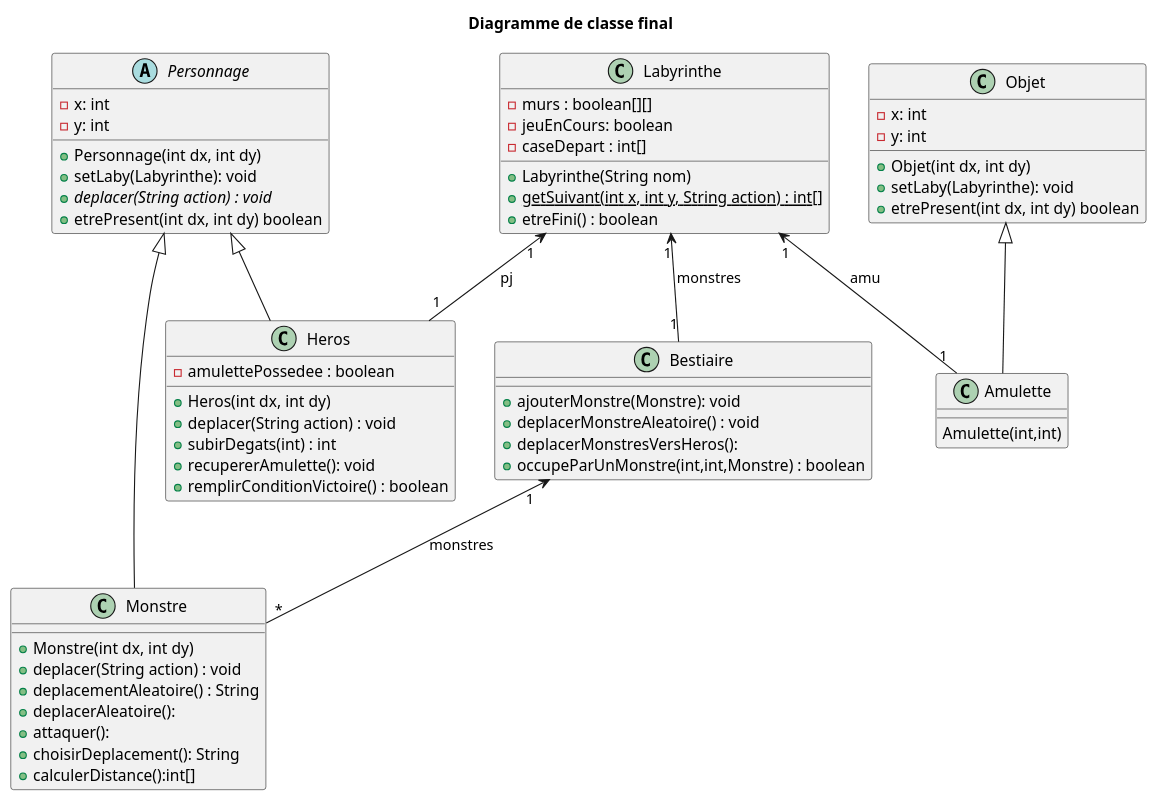
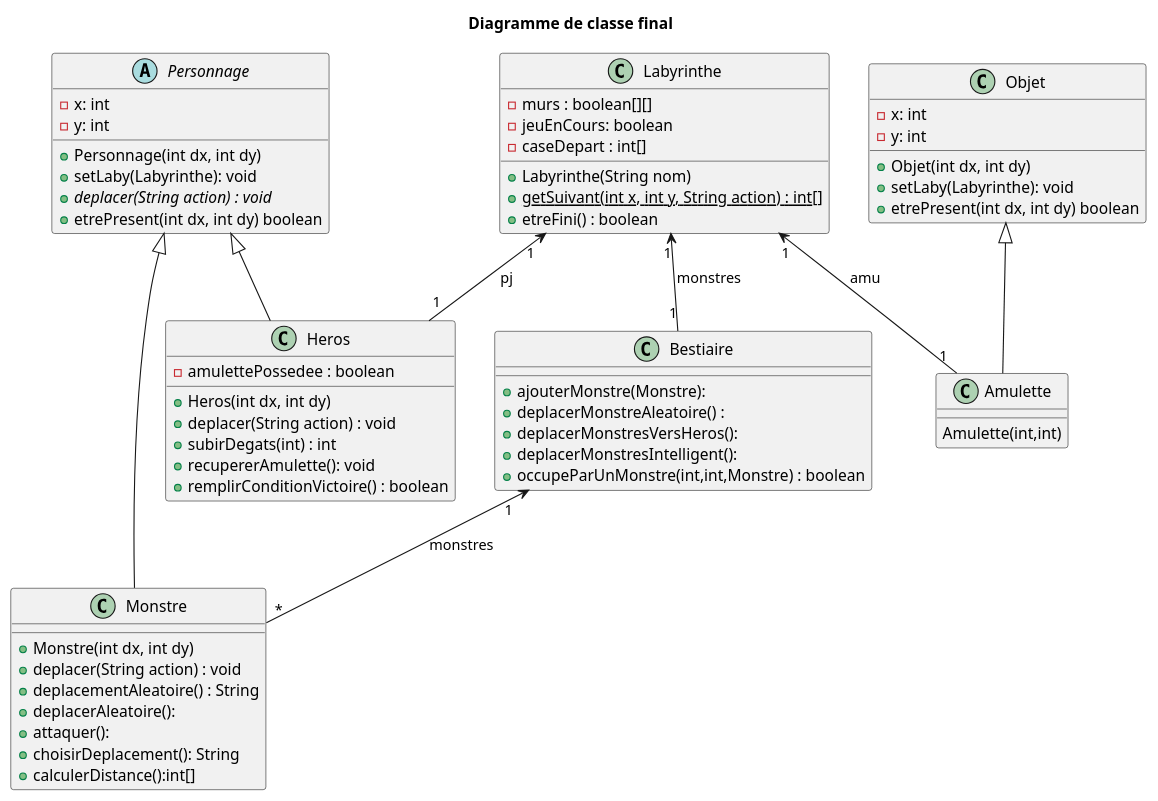
The diagram in documents/version_finale/DC_LabyFinal.puml (crochetremi/2025_Zeldiablo2_e20157u_e82008u_e89209u_e26078u), drawn with PlantUML before and after one commit. The commit also changed 6 other files, not shown here.

```diff
--- a/documents/version_finale/DC_LabyFinal.puml
+++ b/documents/version_finale/DC_LabyFinal.puml
@@ -1,147 +1,148 @@
 @startuml
 
 title Diagramme de classe final
     /'interface Jeu {
             +update(double secondes, Clavier clavier) : void
             +init() : void
             +etreFini() : boolean
     }
 
     interface DessinJeu{
     +dessinerJeu(Jeu jeu, Canvas canvas) :
     }'/
 
     /'class Main {
         +{static} main(String[] args) : void
     }'/
 
     /'class MainLaby {
         +{static} main(String[] args) : void
     }'/
 
     /'class LabyJeu {
         '-laby : Labyrinthe
         -perso : Personnage
         -monstre : Personnage
         -LabyJeu():
         -LabyJeu(String):
         +update(double secondes, Clavier clavier) : void
         +init() : void
         +etreFini() : boolean
     }
 
     class LabyDessin {
         +dessinerJeu(Jeu jeu, Canvas canvas) : void
     }'/
 
     class Labyrinthe {
         /'
         +{static} MUR : char = 'X'
         +{static} PJ : char = 'P'
         +{static} M : char = 'M'
         +{static} VIDE : char = '.'
         +{static} HAUT : String = "Haut"
         +{static} BAS : String = "Bas"
         +{static} GAUCHE : String = "Gauche"
         +{static} DROITE : String = "Droite"
         '/
         -murs : boolean[][]
         -jeuEnCours: boolean
         -caseDepart : int[]
         +Labyrinthe(String nom)
         +{static} getSuivant(int x, int y, String action) : int[]
         +etreFini() : boolean
     }
 
         abstract class Personnage {
             -x: int
             -y: int
             +Personnage(int dx, int dy)
             +setLaby(Labyrinthe): void
             +{abstract} deplacer(String action) : void
             +etrePresent(int dx, int dy) boolean
         }
 
 
     class Heros {
         -amulettePossedee : boolean
         +Heros(int dx, int dy)
         +deplacer(String action) : void
         +subirDegats(int) : int
         +recupererAmulette(): void
         +remplirConditionVictoire() : boolean
     }
 
     class Monstre {
         +Monstre(int dx, int dy)
         +deplacer(String action) : void
         +deplacementAleatoire() : String
         +deplacerAleatoire():
         +attaquer():
         +choisirDeplacement(): String
         +calculerDistance():int[]
     }
 
     class Bestiaire{
-        +ajouterMonstre(Monstre): void
-        +deplacerMonstreAleatoire() : void
+        +ajouterMonstre(Monstre):
+        +deplacerMonstreAleatoire() :
         +deplacerMonstresVersHeros():
+        +deplacerMonstresIntelligent():
         +occupeParUnMonstre(int,int,Monstre) : boolean
     }
 
 
     class Objet{
         -x: int
         -y: int
         +Objet(int dx, int dy)
         +setLaby(Labyrinthe): void
         +etrePresent(int dx, int dy) boolean
     }
 
     class Amulette{
         Amulette(int,int)
     }
 
 
 
 package "moteurJeu" {
     interface Jeu {
         +update(double secondes, Clavier clavier) : void
         +etreFini() : boolean
     }
 
     interface DessinJeu {
         +dessinerJeu(Jeu jeu, Canvas canvas) : void
     }
 
     class Clavier {
         +bas : boolean
         +haut : boolean
         +gauche : boolean
         +droite : boolean
     }
 
     class MoteurJeu {
         +{static} setTaille(int width, int height) : void
         +{static} setFPS(int fps) : void
         +{static} launch(Jeu jeu, DessinJeu dessin) : void
     }
 }
 
 remove moteurJeu
 
 
 /'Jeu <|.. LabyJeu
 DessinJeu <|.. LabyDessin'/
 
 Personnage <|-- Heros
 Personnage <|-- Monstre
 
 Labyrinthe "1" <-- "1" Heros : pj
 Labyrinthe "1" <-- "1" Bestiaire : monstres
 
 Bestiaire "1" <-- "*" Monstre : monstres
 
 Objet <|-- Amulette
 Labyrinthe "1" <-- "1" Amulette : amu
 @enduml
```
